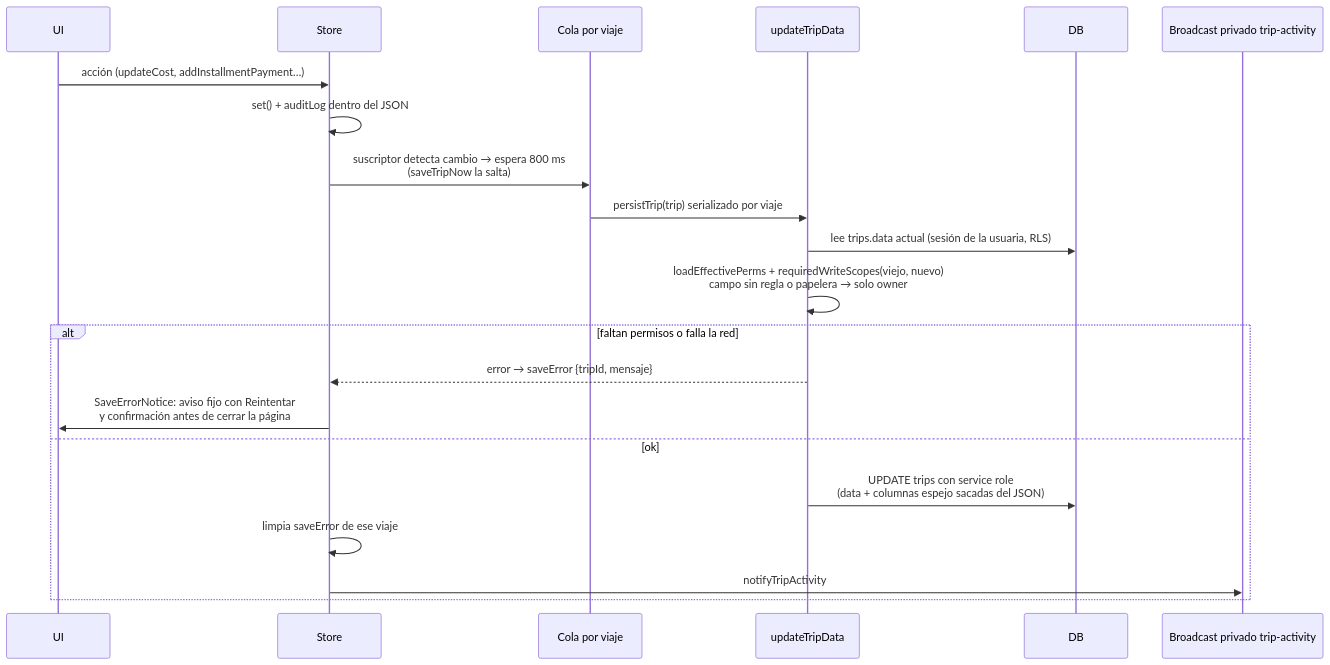
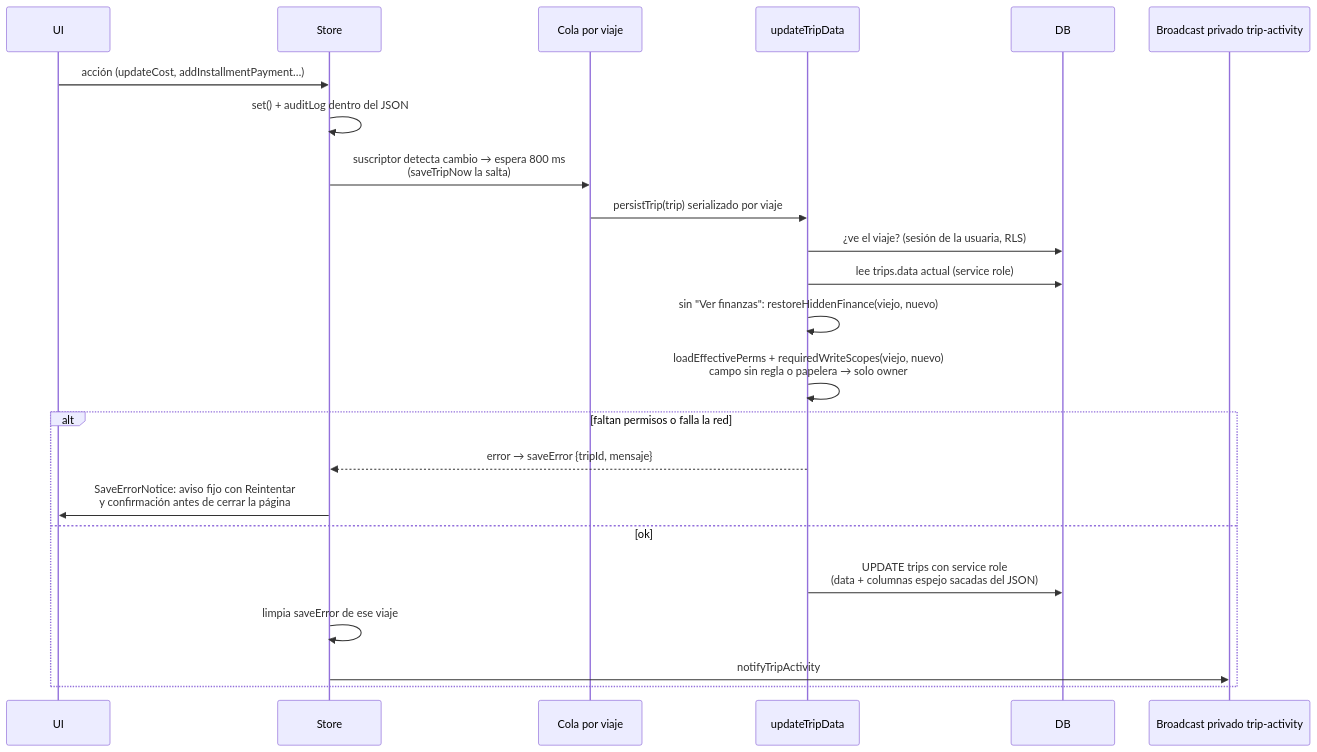
The fifth of 20 diagrams in docs/flujos.md (gaby26203/planeii), drawn with Mermaid before and after one commit. The commit also changed other lines of this file and 15 other files, not shown here.

First line of the commit message:
Leer el JSON del viaje solo desde el servidor y ocultar montos sin "Ver finanzas"

````diff
--- a/docs/flujos.md
+++ b/docs/flujos.md
@@ -163,23 +169,25 @@
 ```mermaid
 sequenceDiagram
   participant UI
   participant S as Store
   participant Q as Cola por viaje
   participant SF as updateTripData
   participant DB
   participant RT as Broadcast privado trip-activity
   UI->>S: acción (updateCost, addInstallmentPayment…)
   S->>S: set() + auditLog dentro del JSON
   S->>Q: suscriptor detecta cambio → espera 800 ms<br/>(saveTripNow la salta)
   Q->>SF: persistTrip(trip) serializado por viaje
-  SF->>DB: lee trips.data actual (sesión de la usuaria, RLS)
+  SF->>DB: ¿ve el viaje? (sesión de la usuaria, RLS)
+  SF->>DB: lee trips.data actual (service role)
+  SF->>SF: sin "Ver finanzas": restoreHiddenFinance(viejo, nuevo)
   SF->>SF: loadEffectivePerms + requiredWriteScopes(viejo, nuevo)<br/>campo sin regla o papelera → solo owner
   alt faltan permisos o falla la red
     SF-->>S: error → saveError {tripId, mensaje}
     S->>UI: SaveErrorNotice: aviso fijo con Reintentar<br/>y confirmación antes de cerrar la página
   else ok
     SF->>DB: UPDATE trips con service role<br/>(data + columnas espejo sacadas del JSON)
     S->>S: limpia saveError de ese viaje
     S->>RT: notifyTripActivity
   end
 ```
````
